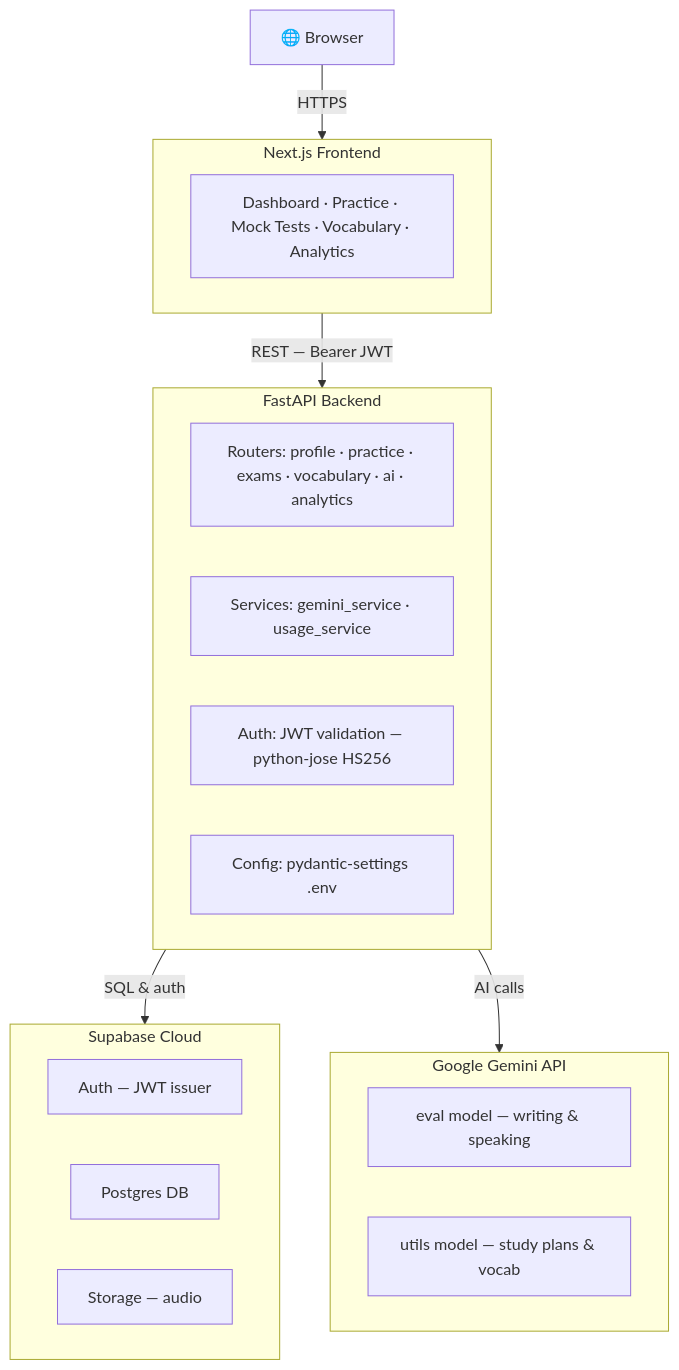
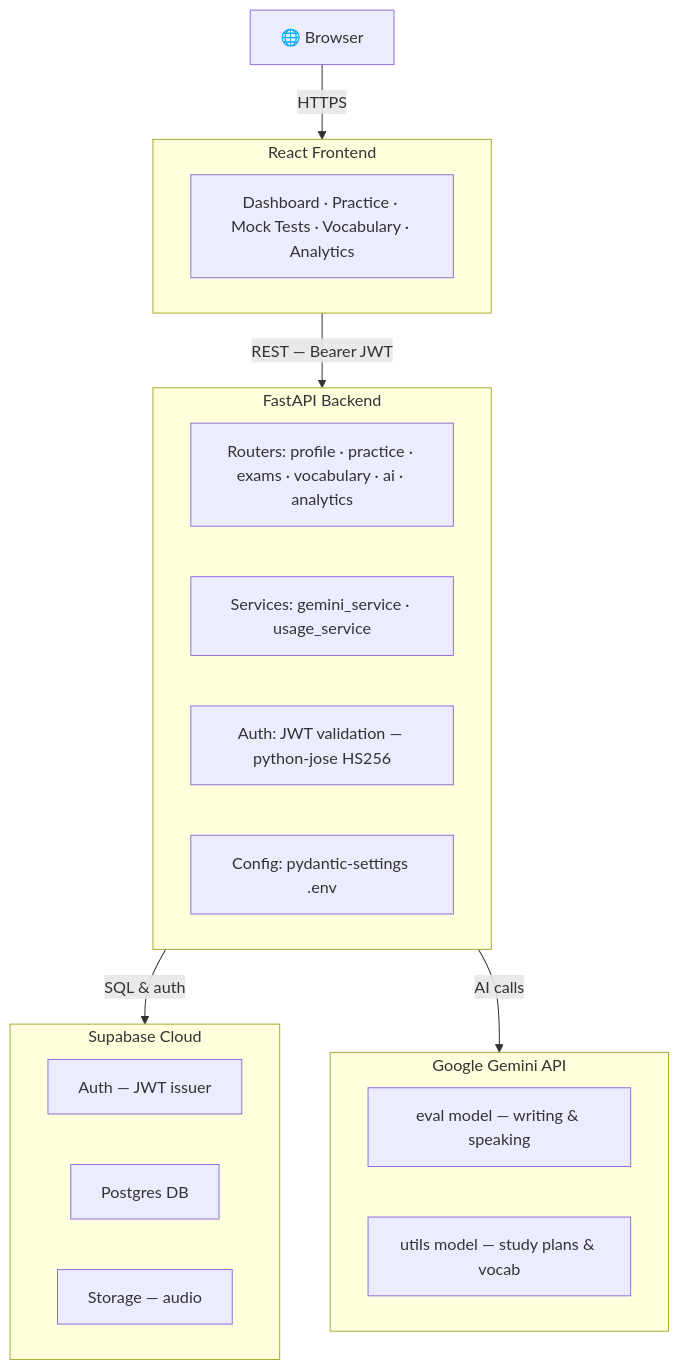
The diagram in README.md (Jenil013/Frensify), drawn with Mermaid before and after one commit. The commit also changed other lines of this file, not shown here.

````diff
--- a/README.md
+++ b/README.md
@@ -11,31 +11,31 @@
 ```mermaid
 graph TD
     Browser["🌐 Browser"]
 
-    subgraph Frontend["Next.js Frontend"]
+    subgraph Frontend["React Frontend"]
         Pages["Dashboard · Practice · Mock Tests · Vocabulary · Analytics"]
     end
 
     subgraph API["FastAPI Backend"]
         Routers["Routers: profile · practice · exams · vocabulary · ai · analytics"]
         Services["Services: gemini_service · usage_service"]
         Auth["Auth: JWT validation — python-jose HS256"]
         Config["Config: pydantic-settings .env"]
     end
 
     subgraph Supabase["Supabase Cloud"]
         SupaAuth["Auth — JWT issuer"]
         SupaDB["Postgres DB"]
         SupaStorage["Storage — audio"]
     end
 
     subgraph Gemini["Google Gemini API"]
         EvalModel["eval model — writing & speaking"]
         UtilsModel["utils model — study plans & vocab"]
     end
 
     Browser -->|HTTPS| Frontend
     Frontend -->|"REST — Bearer JWT"| API
     API -->|SQL & auth| Supabase
     API -->|AI calls| Gemini
 ```
````
